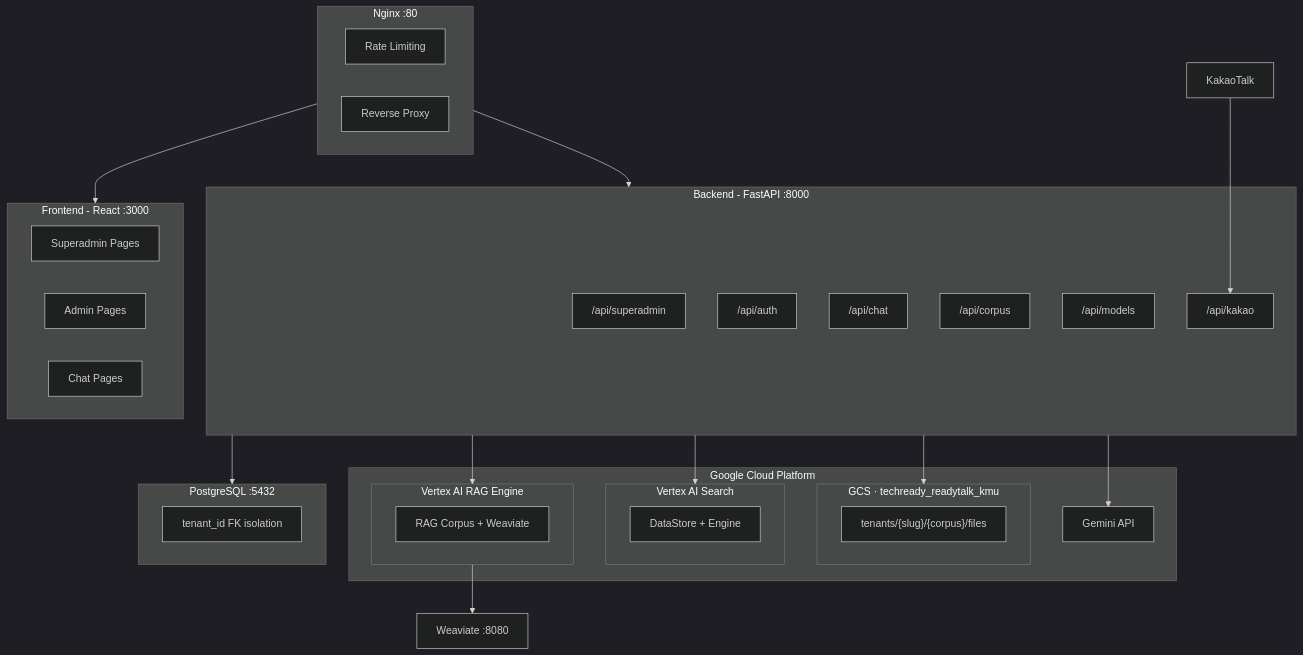
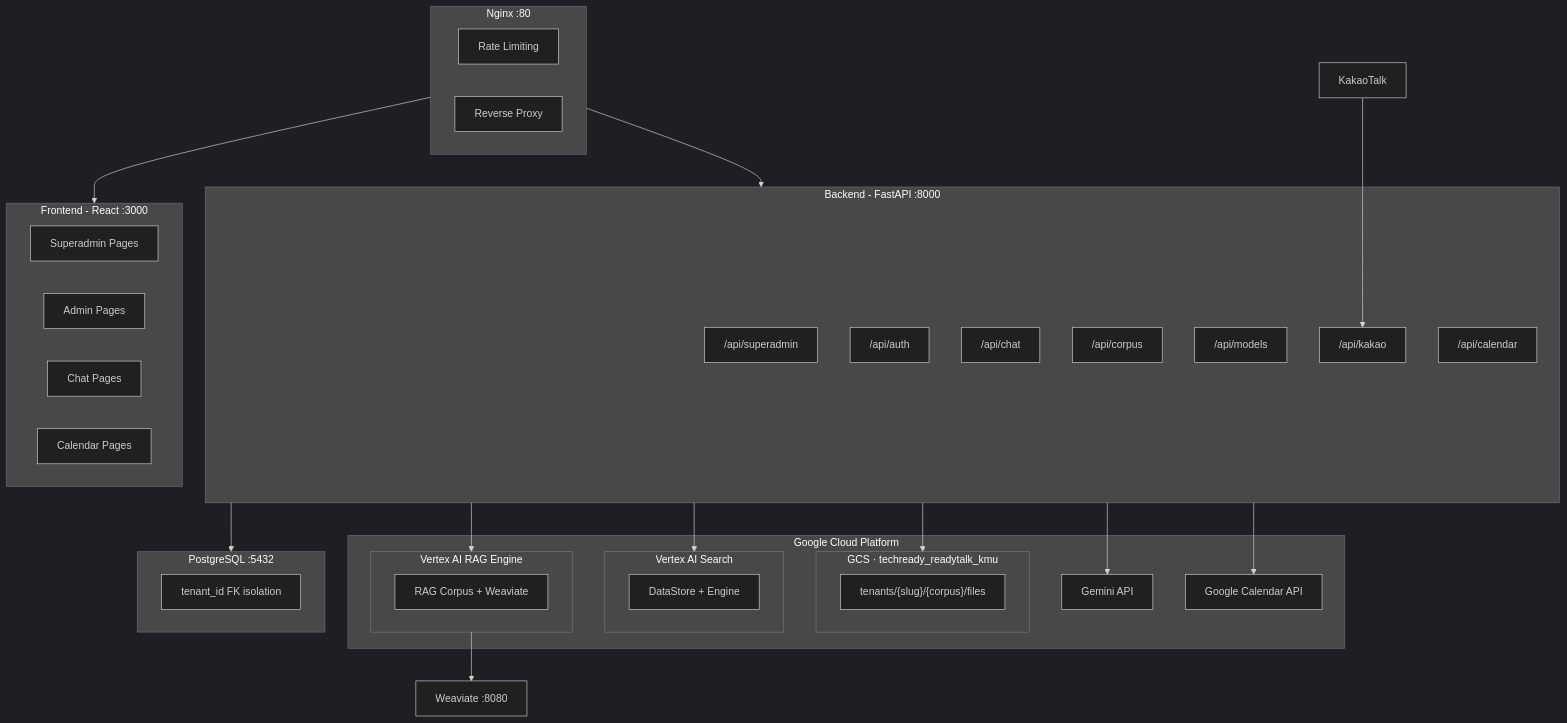
One commit to pages-making/pages-making changed the diagram in index.md. Above: the diagram before and after it, drawn with Mermaid (dark theme). The commit also changed other lines of this file and 1 other file, not shown here.

````diff
--- a/index.md
+++ b/index.md
@@ -129,53 +119,57 @@
 ```mermaid
 graph TB
     subgraph NGINX["Nginx :80"]
         direction LR
         RL[Rate Limiting]
         RP[Reverse Proxy]
     end
 
     subgraph FE["Frontend - React :3000"]
         SA_UI[Superadmin Pages]
         ADMIN_UI[Admin Pages]
         CHAT_UI[Chat Pages]
+        CAL_UI[Calendar Pages]
     end
 
     subgraph BE["Backend - FastAPI :8000"]
         R1["/api/superadmin"]
         R2["/api/auth"]
         R3["/api/chat"]
         R4["/api/corpus"]
         R5["/api/models"]
         R6["/api/kakao"]
+        R7["/api/calendar"]
     end
 
     subgraph DB["PostgreSQL :5432"]
         TENANT_DATA["tenant_id FK isolation"]
     end
 
     subgraph GCP["Google Cloud Platform"]
         subgraph RAG["Vertex AI RAG Engine"]
             RAG_CORPUS["RAG Corpus + Weaviate"]
         end
         subgraph VAS["Vertex AI Search"]
             DS["DataStore + Engine"]
         end
         subgraph GCS["GCS · techready_readytalk_kmu"]
             BUCKET["tenants/{slug}/{corpus}/files"]
         end
         GEMINI["Gemini API"]
+        GCAL["Google Calendar API"]
     end
 
     WEAVIATE["Weaviate :8080"]
 
     KAKAO["KakaoTalk"] --> R6
 
     NGINX --> FE
     NGINX --> BE
     BE --> DB
     BE --> RAG
     BE --> VAS
     BE --> GCS
     BE --> GEMINI
+    BE --> GCAL
     RAG --> WEAVIATE
 ```
````
